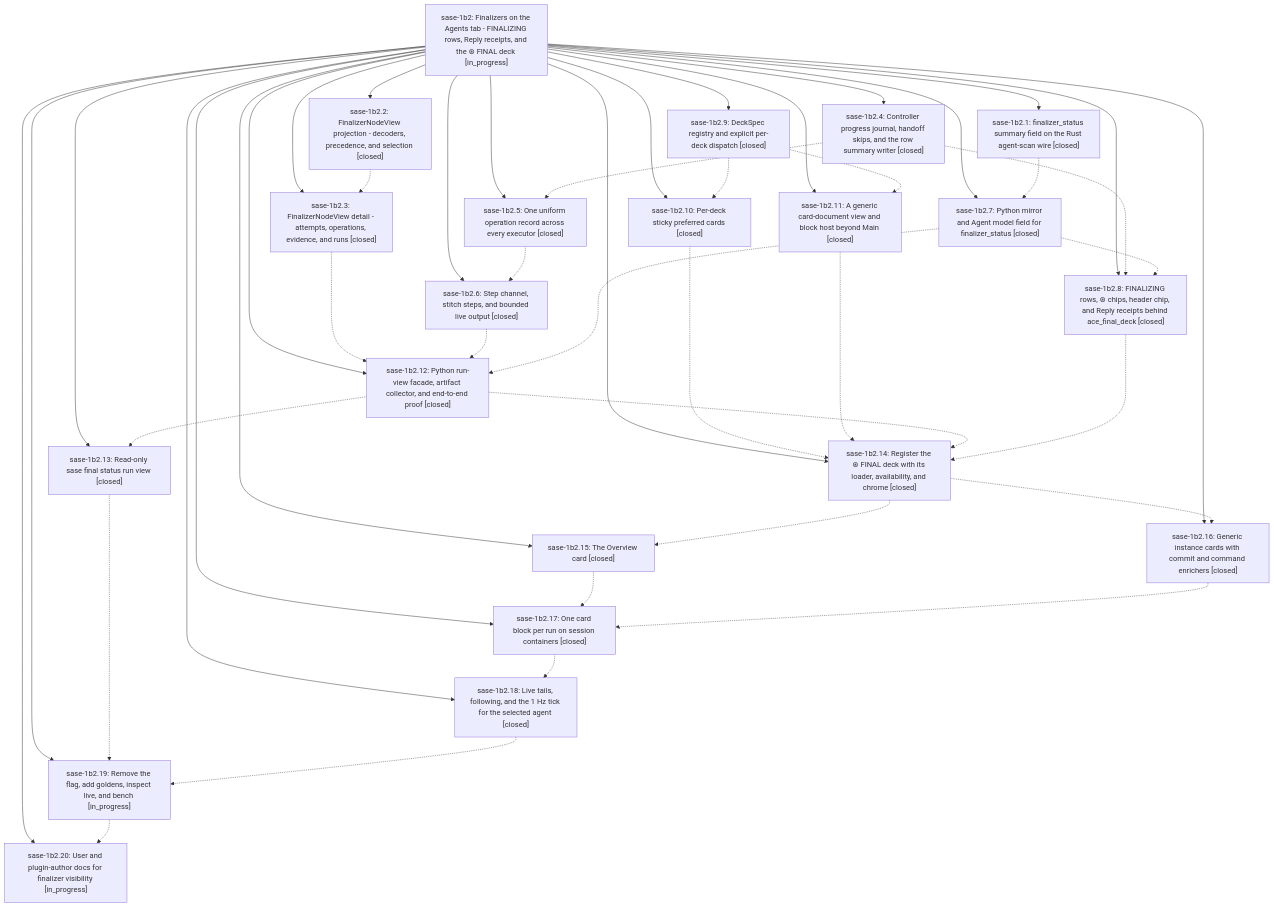
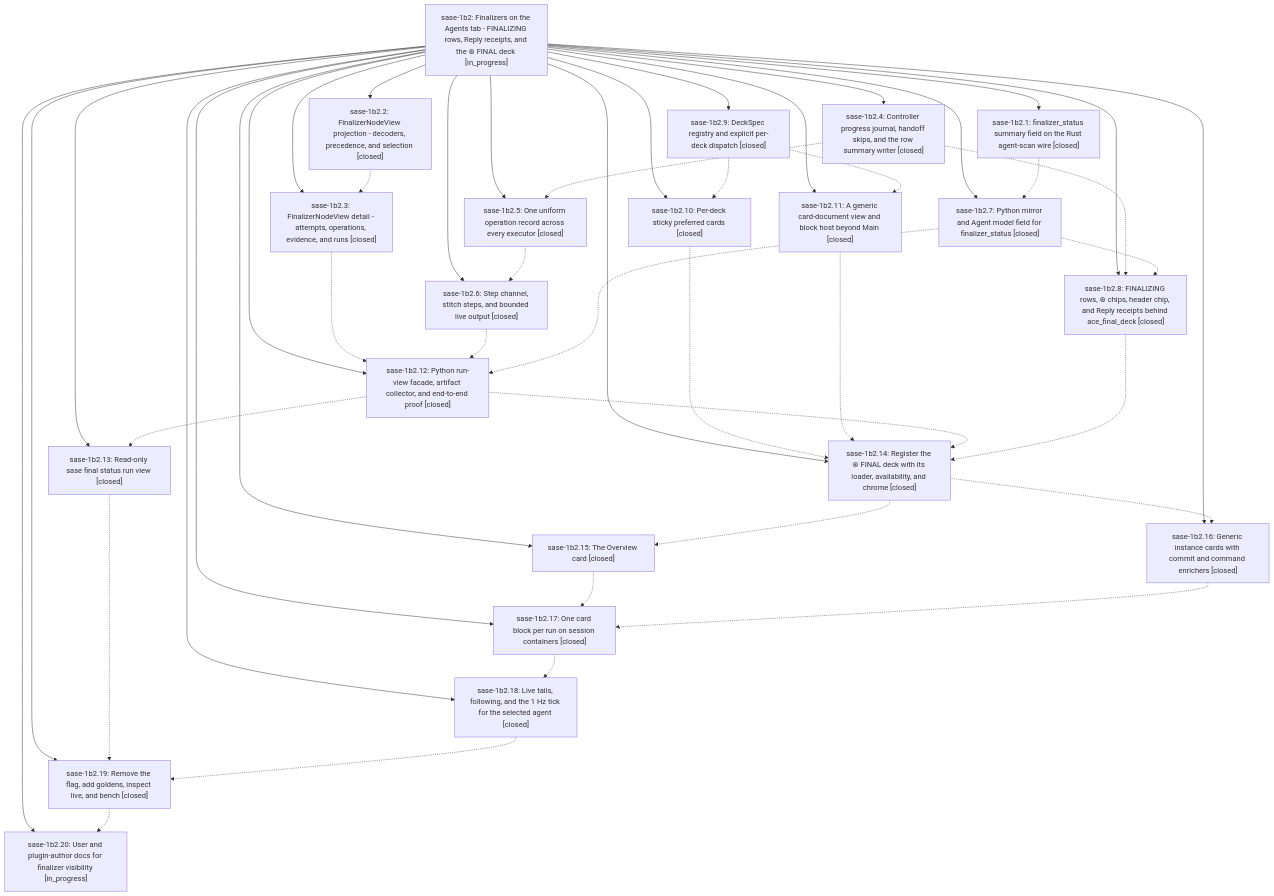
The diagram in pages/sase-1b2/README.md (sase-org/sase--beads), drawn with Mermaid before and after one commit. The commit also changed other lines of this file and 4 other files, not shown here.

````diff
--- a/pages/sase-1b2/README.md
+++ b/pages/sase-1b2/README.md
@@ -86,68 +92,68 @@
 ```mermaid
 flowchart TD
     n0["sase-1b2: Finalizers on the Agents tab - FINALIZING rows, Reply receipts, and the ⊛ FINAL deck [in_progress]"]
     n1["sase-1b2.1: finalizer_status summary field on the Rust agent-scan wire [closed]"]
     n2["sase-1b2.10: Per-deck sticky preferred cards [closed]"]
     n3["sase-1b2.11: A generic card-document view and block host beyond Main [closed]"]
     n4["sase-1b2.12: Python run-view facade, artifact collector, and end-to-end proof [closed]"]
     n5["sase-1b2.13: Read-only sase final status run view [closed]"]
     n6["sase-1b2.14: Register the ⊛ FINAL deck with its loader, availability, and chrome [closed]"]
     n7["sase-1b2.15: The Overview card [closed]"]
     n8["sase-1b2.16: Generic instance cards with commit and command enrichers [closed]"]
     n9["sase-1b2.17: One card block per run on session containers [closed]"]
     n10["sase-1b2.18: Live tails, following, and the 1 Hz tick for the selected agent [closed]"]
-    n11["sase-1b2.19: Remove the flag, add goldens, inspect live, and bench [in_progress]"]
+    n11["sase-1b2.19: Remove the flag, add goldens, inspect live, and bench [closed]"]
     n12["sase-1b2.2: FinalizerNodeView projection - decoders, precedence, and selection [closed]"]
     n13["sase-1b2.20: User and plugin-author docs for finalizer visibility [in_progress]"]
     n14["sase-1b2.3: FinalizerNodeView detail - attempts, operations, evidence, and runs [closed]"]
     n15["sase-1b2.4: Controller progress journal, handoff skips, and the row summary writer [closed]"]
     n16["sase-1b2.5: One uniform operation record across every executor [closed]"]
     n17["sase-1b2.6: Step channel, stitch steps, and bounded live output [closed]"]
     n18["sase-1b2.7: Python mirror and Agent model field for finalizer_status [closed]"]
     n19["sase-1b2.8: FINALIZING rows, ⊛ chips, header chip, and Reply receipts behind ace_final_deck [closed]"]
     n20["sase-1b2.9: DeckSpec registry and explicit per-deck dispatch [closed]"]
     n0 --> n1
     n0 --> n2
     n0 --> n3
     n0 --> n4
     n0 --> n5
     n0 --> n6
     n0 --> n7
     n0 --> n8
     n0 --> n9
     n0 --> n10
     n0 --> n11
     n0 --> n12
     n0 --> n13
     n0 --> n14
     n0 --> n15
     n0 --> n16
     n0 --> n17
     n0 --> n18
     n0 --> n19
     n0 --> n20
     n1 -.-> n18
     n2 -.-> n6
     n3 -.-> n6
     n4 -.-> n5
     n4 -.-> n6
     n5 -.-> n11
     n6 -.-> n7
     n6 -.-> n8
     n7 -.-> n9
     n8 -.-> n9
     n9 -.-> n10
     n10 -.-> n11
     n11 -.-> n13
     n12 -.-> n14
     n14 -.-> n4
     n15 -.-> n16
     n15 -.-> n19
     n16 -.-> n17
     n17 -.-> n4
     n18 -.-> n4
     n18 -.-> n19
     n19 -.-> n6
     n20 -.-> n2
     n20 -.-> n3
 ```
````
